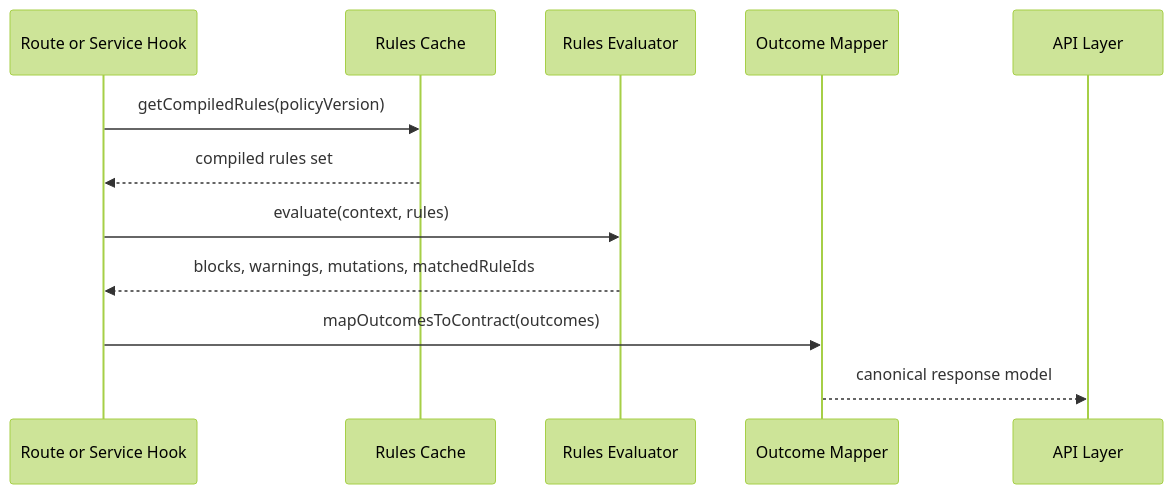
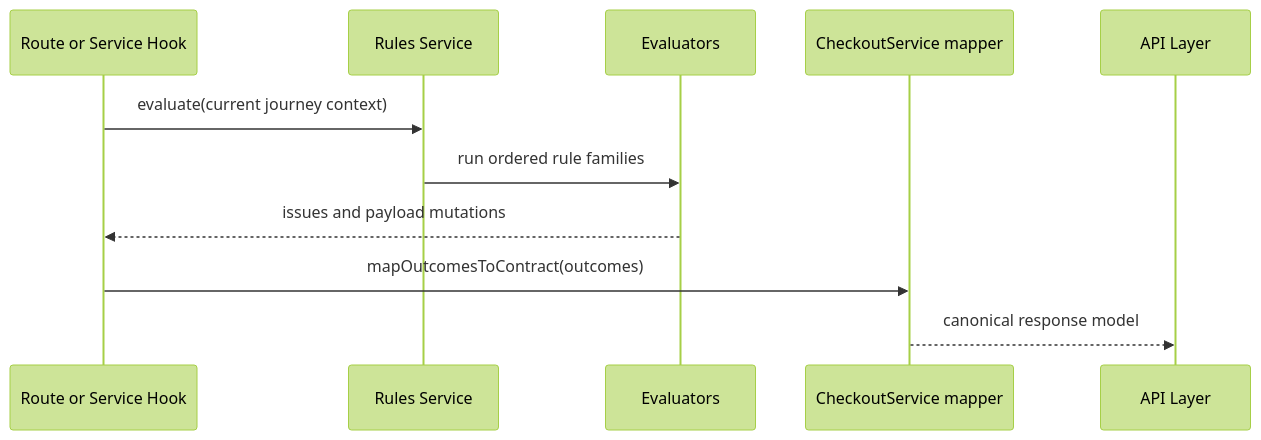
One commit to chris-piwinsky/experience-api changed the third of 4 diagrams in docs/rules-integration-and-expansion.md. Above: the diagram before and after it, drawn with Mermaid (forest theme). The commit also changed other lines of this file, not shown here.

````diff
--- a/docs/rules-integration-and-expansion.md
+++ b/docs/rules-integration-and-expansion.md
@@ -117,15 +111,14 @@
 ```mermaid
 sequenceDiagram
   participant RH as Route or Service Hook
-  participant RC as Rules Cache
-  participant EV as Rules Evaluator
-  participant MP as Outcome Mapper
+  participant RS as Rules Service
+  participant EV as Evaluators
+  participant MP as CheckoutService mapper
   participant API as API Layer
 
-  RH->>RC: getCompiledRules(policyVersion)
-  RC-->>RH: compiled rules set
-  RH->>EV: evaluate(context, rules)
-  EV-->>RH: blocks, warnings, mutations, matchedRuleIds
+  RH->>RS: evaluate(current journey context)
+  RS->>EV: run ordered rule families
+  EV-->>RH: issues and payload mutations
   RH->>MP: mapOutcomesToContract(outcomes)
   MP-->>API: canonical response model
 ```
````
